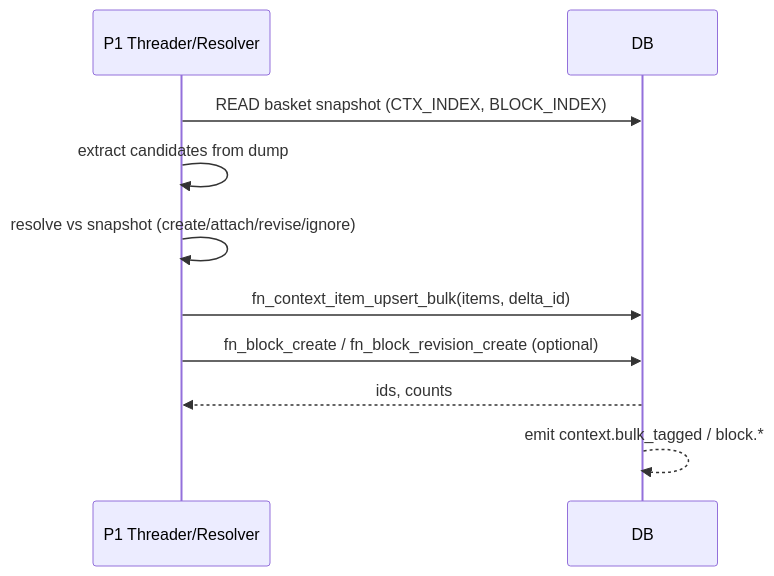
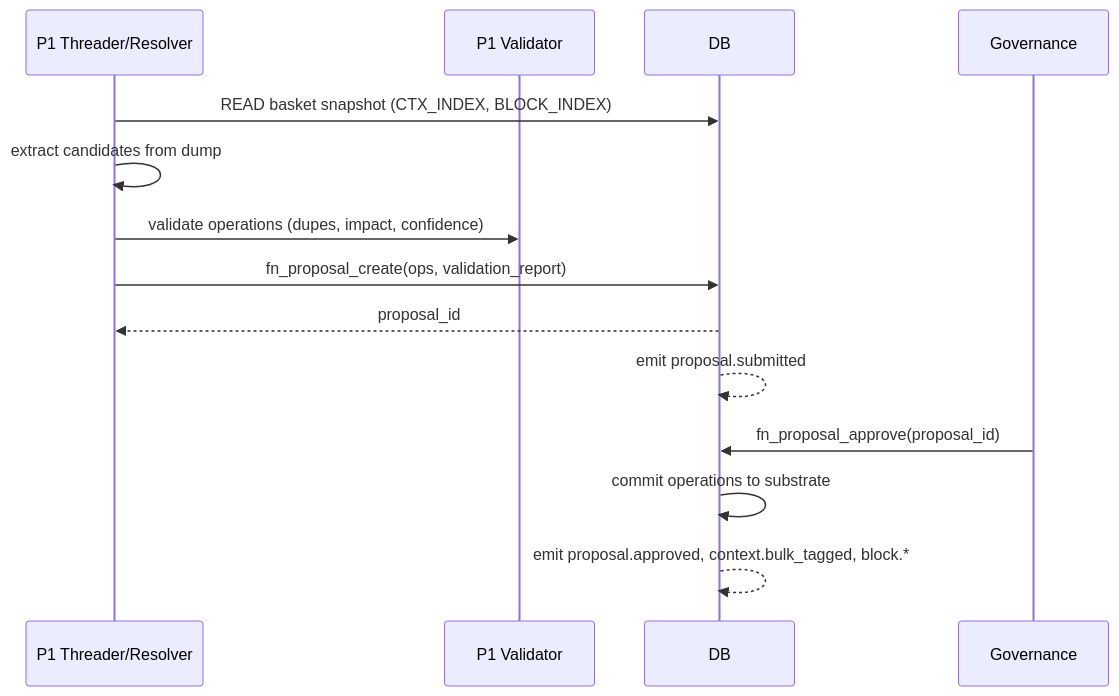
Before and after one commit to Kvkthecreator/rightnow-agent-app-fullstack: the second of 5 diagrams in docs/YARNNN_SUBSTRATE_RUNTIME.md, drawn with Mermaid. The commit also changed other lines of this file and 8 other files, not shown here.

First line of the commit message:
Add governance-first architecture to YARNNN Canon

````diff
--- a/docs/YARNNN_SUBSTRATE_RUNTIME.md
+++ b/docs/YARNNN_SUBSTRATE_RUNTIME.md
@@ -89,12 +92,16 @@
 ```mermaid
 sequenceDiagram
 participant P1 as P1 Threader/Resolver
+participant P1V as P1 Validator
 participant DB as DB
+participant Gov as Governance
 P1->>DB: READ basket snapshot (CTX_INDEX, BLOCK_INDEX)
 P1->>P1: extract candidates from dump
-P1->>P1: resolve vs snapshot (create/attach/revise/ignore)
-P1->>DB: fn_context_item_upsert_bulk(items, delta_id)
-P1->>DB: fn_block_create / fn_block_revision_create (optional)
-DB-->>P1: ids, counts
-DB-->>DB: emit context.bulk_tagged / block.*
+P1->>P1V: validate operations (dupes, impact, confidence)
+P1->>DB: fn_proposal_create(ops, validation_report)
+DB-->>P1: proposal_id
+DB-->>DB: emit proposal.submitted
+Gov->>DB: fn_proposal_approve(proposal_id)
+DB->>DB: commit operations to substrate
+DB-->>DB: emit proposal.approved, context.bulk_tagged, block.*
 ```
````
